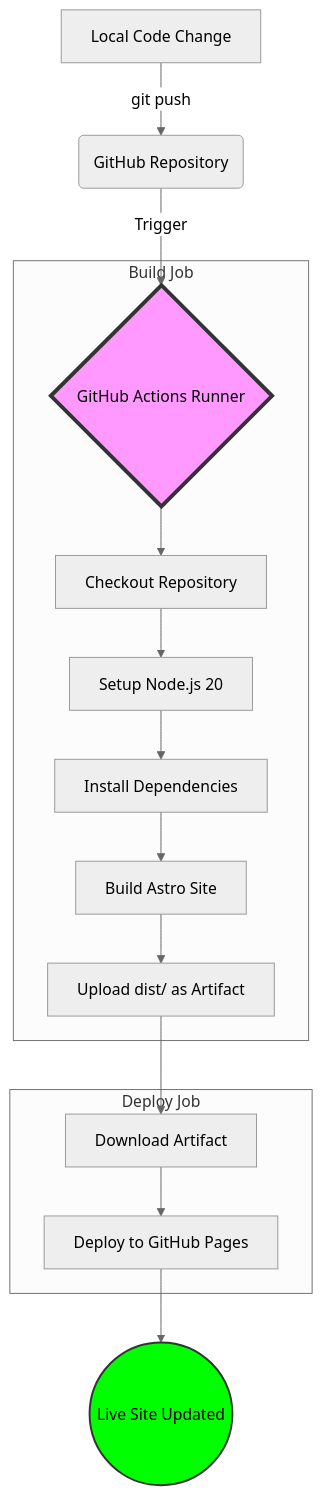
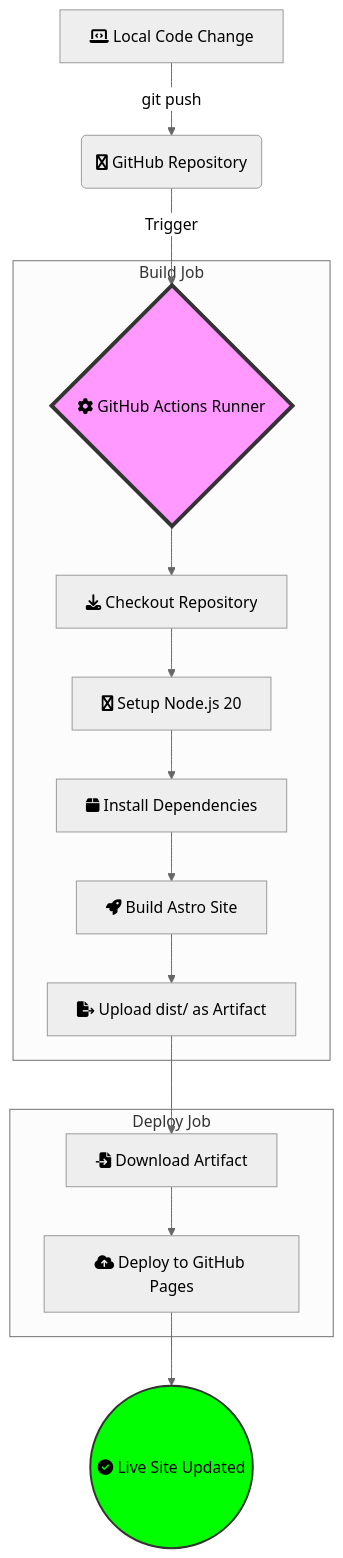
Before and after one commit to digitaldave0/dev-blog: the diagram in src/content/blog/2025-06-15-welcome-to-my-blog.md, drawn with Mermaid (neutral theme). The commit also changed 4 other files, not shown here.

Commit message:
feat: add FontAwesome support and update Mermaid diagrams with icons

````diff
--- a/src/content/blog/2025-06-15-welcome-to-my-blog.md
+++ b/src/content/blog/2025-06-15-welcome-to-my-blog.md
@@ -39,20 +39,20 @@
 ```mermaid
 graph TD
-    A[Local Code Change] -->|git push| B(GitHub Repository)
-    B -->|Trigger| C{GitHub Actions Runner}
+    A[fa:fa-laptop-code Local Code Change] -->|git push| B(fa:fa-github GitHub Repository)
+    B -->|Trigger| C{fa:fa-gear GitHub Actions Runner}
     subgraph "Build Job"
-        C --> D[Checkout Repository]
-        D --> E[Setup Node.js 20]
-        E --> F[Install Dependencies]
-        F --> G[Build Astro Site]
-        G --> H[Upload dist/ as Artifact]
+        C --> D[fa:fa-download Checkout Repository]
+        D --> E[fa:fa-node-js Setup Node.js 20]
+        E --> F[fa:fa-box Install Dependencies]
+        F --> G[fa:fa-rocket Build Astro Site]
+        G --> H[fa:fa-file-export Upload dist/ as Artifact]
     end
     subgraph "Deploy Job"
-        H --> I[Download Artifact]
-        I --> J[Deploy to GitHub Pages]
+        H --> I[fa:fa-file-import Download Artifact]
+        I --> J[fa:fa-cloud-upload-alt Deploy to GitHub Pages]
     end
-    J --> K((Live Site Updated))
+    J --> K((fa:fa-check-circle Live Site Updated))
 
     style C fill:#f9f,stroke:#333,stroke-width:4px
     style K fill:#00ff00,stroke:#333,stroke-width:2px
 ```
````
